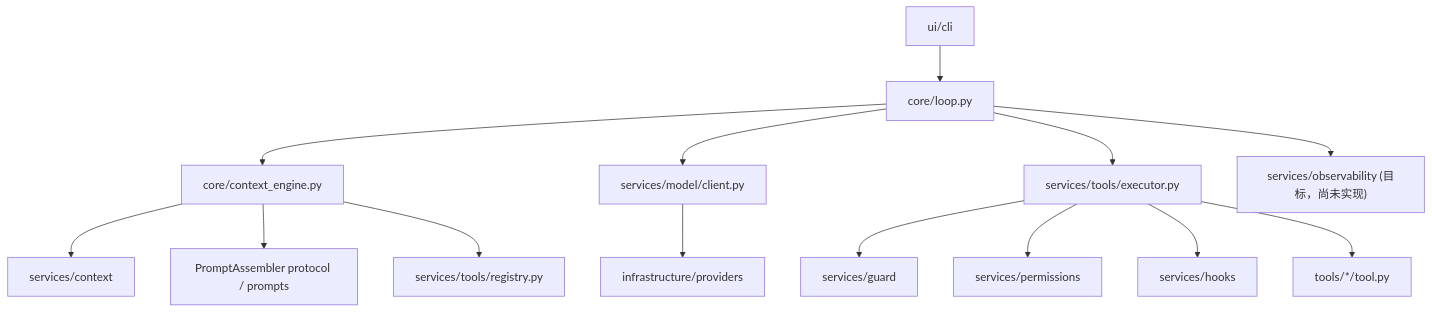
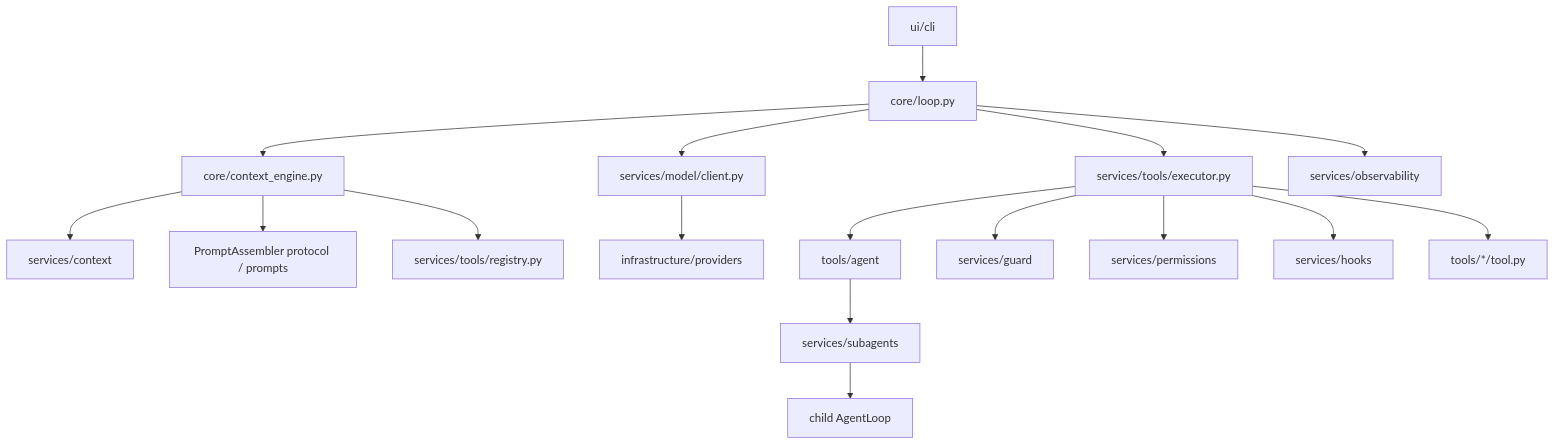
The diagram in architecture.md (EtherealStar/OneCode), drawn with Mermaid before and after one commit. The commit also changed other lines of this file and 67 other files, not shown here.

First line of the commit message:
feat(runtime): add async agent execution and subagents

````diff
--- a/architecture.md
+++ b/architecture.md
@@ -328,16 +345,19 @@
 ```mermaid
 flowchart TD
   UI["ui/cli"] --> Loop["core/loop.py"]
   Loop --> Engine["core/context_engine.py"]
   Engine --> Context["services/context"]
   Engine --> Prompts["PromptAssembler protocol / prompts"]
   Engine --> ToolRegistry["services/tools/registry.py"]
   Loop --> ModelClient["services/model/client.py"]
   ModelClient --> Provider["infrastructure/providers"]
   Loop --> ToolExecutor["services/tools/executor.py"]
+  ToolExecutor --> AgentTool["tools/agent"]
+  AgentTool --> Subagents["services/subagents"]
+  Subagents --> ChildLoop["child AgentLoop"]
   ToolExecutor --> Guard["services/guard"]
   ToolExecutor --> Permission["services/permissions"]
   ToolExecutor --> Hooks["services/hooks"]
   ToolExecutor --> Tools["tools/*/tool.py"]
-  Loop --> Trace["services/observability (目标，尚未实现)"]
+  Loop --> Trace["services/observability"]
 ```
````
